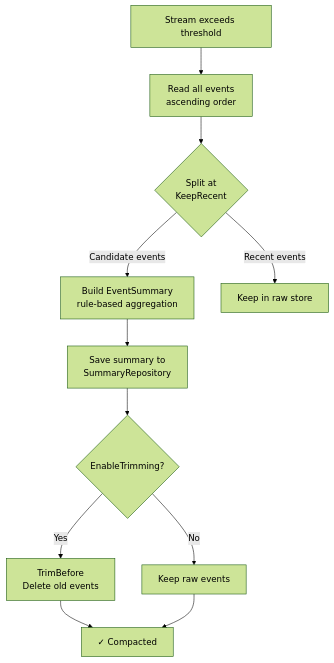
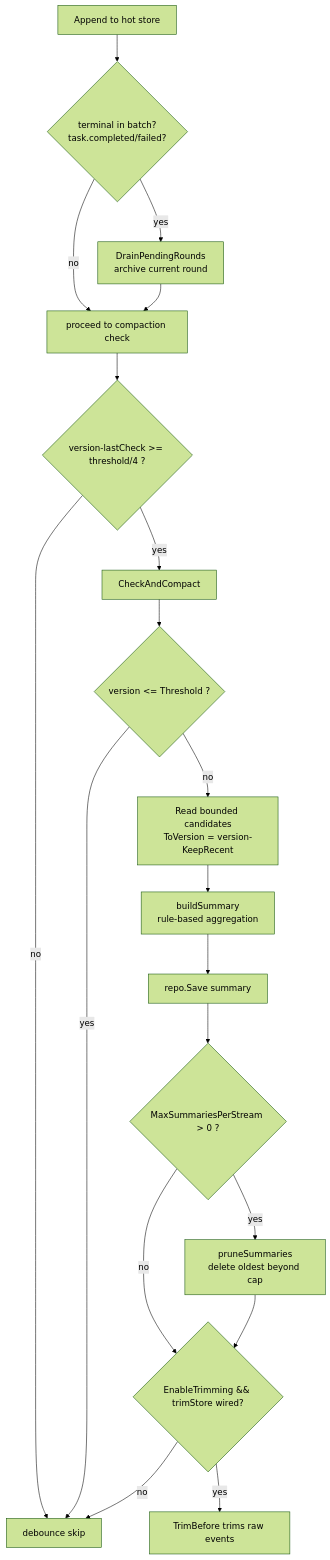
One commit to Timwood0x10/myblog changed the third of 6 diagrams in content/log/ARES/08-event-system-deep-dive.md. Above: the diagram before and after it, drawn with Mermaid (forest theme). The commit also changed other lines of this file and 33 other files, not shown here.

````diff
--- a/content/log/ARES/08-event-system-deep-dive.md
+++ b/content/log/ARES/08-event-system-deep-dive.md
@@ -223,13 +229,21 @@
 ```mermaid
 graph TD
-    A[Stream exceeds threshold] --> B[Read all events\nascending order]
-    B --> C{Split at\nKeepRecent}
-    C -->|Candidate events| D[Build EventSummary\nrule-based aggregation]
-    C -->|Recent events| E[Keep in raw store]
-    D --> F[Save summary to\nSummaryRepository]
-    F --> G{EnableTrimming?}
-    G -->|Yes| H[TrimBefore\nDelete old events]
-    G -->|No| I[Keep raw events]
-    H --> J[✓ Compacted]
-    I --> J
+    A[Append to hot store] --> B{terminal in batch?<br/>task.completed/failed?}
+    B -->|yes| C[DrainPendingRounds<br/>archive current round]
+    B -->|no| D[proceed to compaction check]
+    C --> D
+    D --> E{version-lastCheck >= threshold/4 ?}
+    E -->|no| Z[debounce skip]
+    E -->|yes| F[CheckAndCompact]
+    F --> G{version <= Threshold ?}
+    G -->|yes| Z
+    G -->|no| H[Read bounded candidates<br/>ToVersion = version-KeepRecent]
+    H --> I[buildSummary<br/>rule-based aggregation]
+    I --> K[repo.Save summary]
+    K --> K2{MaxSummariesPerStream > 0 ?}
+    K2 -->|yes| K3[pruneSummaries<br/>delete oldest beyond cap]
+    K2 -->|no| L
+    K3 --> L{EnableTrimming && trimStore wired?}
+    L -->|yes| M[TrimBefore trims raw events]
+    L -->|no| Z
 ```
````
